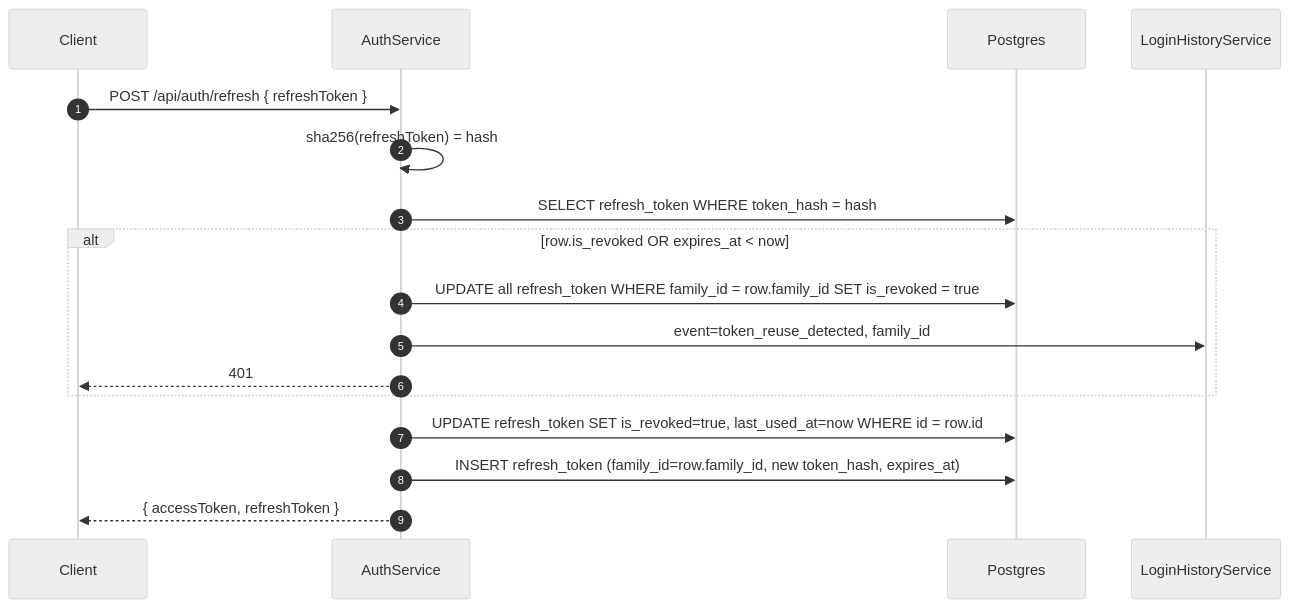
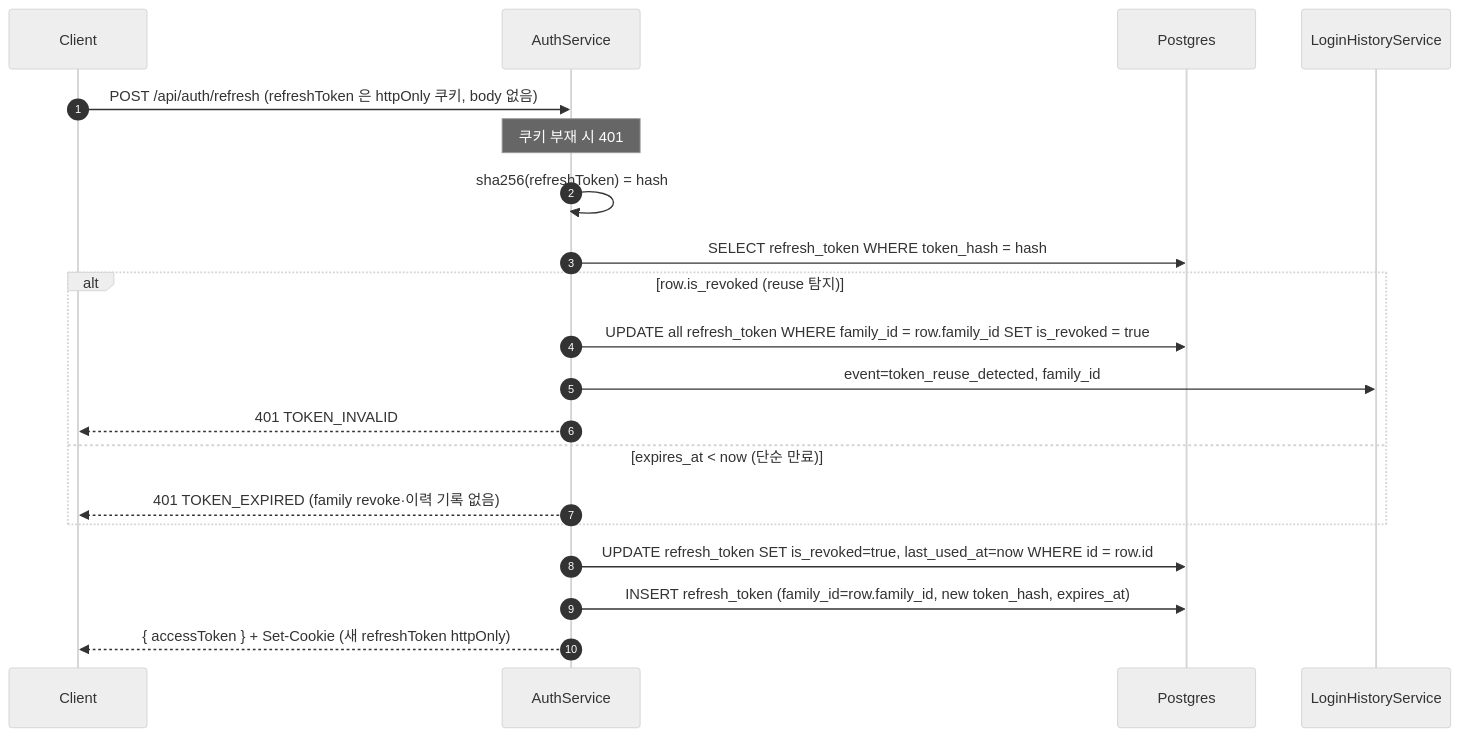
Before and after one commit to worker-ants/clemvion: the fourth of 6 diagrams in spec/data-flow/2-auth.md, drawn with Mermaid (neutral theme). The commit also changed other lines of this file and 89 other files, not shown here.

First line of the commit message:
docs(spec): spec↔code 전수 상호 감사 — 역방향 커버리지 + drift 동기화 + data-flow 재구성 (위반 19건 보고) (#516)

````diff
--- a/spec/data-flow/2-auth.md
+++ b/spec/data-flow/2-auth.md
@@ -139,20 +149,23 @@
 ```mermaid
 sequenceDiagram
   autonumber
   participant C as Client
   participant Svc as AuthService
   participant PG as Postgres
   participant Hist as LoginHistoryService
 
-  C->>Svc: POST /api/auth/refresh { refreshToken }
+  C->>Svc: POST /api/auth/refresh (refreshToken 은 httpOnly 쿠키, body 없음)
+  Note over Svc: 쿠키 부재 시 401
   Svc->>Svc: sha256(refreshToken) = hash
   Svc->>PG: SELECT refresh_token WHERE token_hash = hash
-  alt row.is_revoked OR expires_at < now
+  alt row.is_revoked (reuse 탐지)
     Svc->>PG: UPDATE all refresh_token WHERE family_id = row.family_id SET is_revoked = true
     Svc->>Hist: event=token_reuse_detected, family_id
-    Svc-->>C: 401
+    Svc-->>C: 401 TOKEN_INVALID
+  else expires_at < now (단순 만료)
+    Svc-->>C: 401 TOKEN_EXPIRED (family revoke·이력 기록 없음)
   end
   Svc->>PG: UPDATE refresh_token SET is_revoked=true, last_used_at=now WHERE id = row.id
   Svc->>PG: INSERT refresh_token (family_id=row.family_id, new token_hash, expires_at)
-  Svc-->>C: { accessToken, refreshToken }
+  Svc-->>C: { accessToken } + Set-Cookie (새 refreshToken httpOnly)
 ```
````
